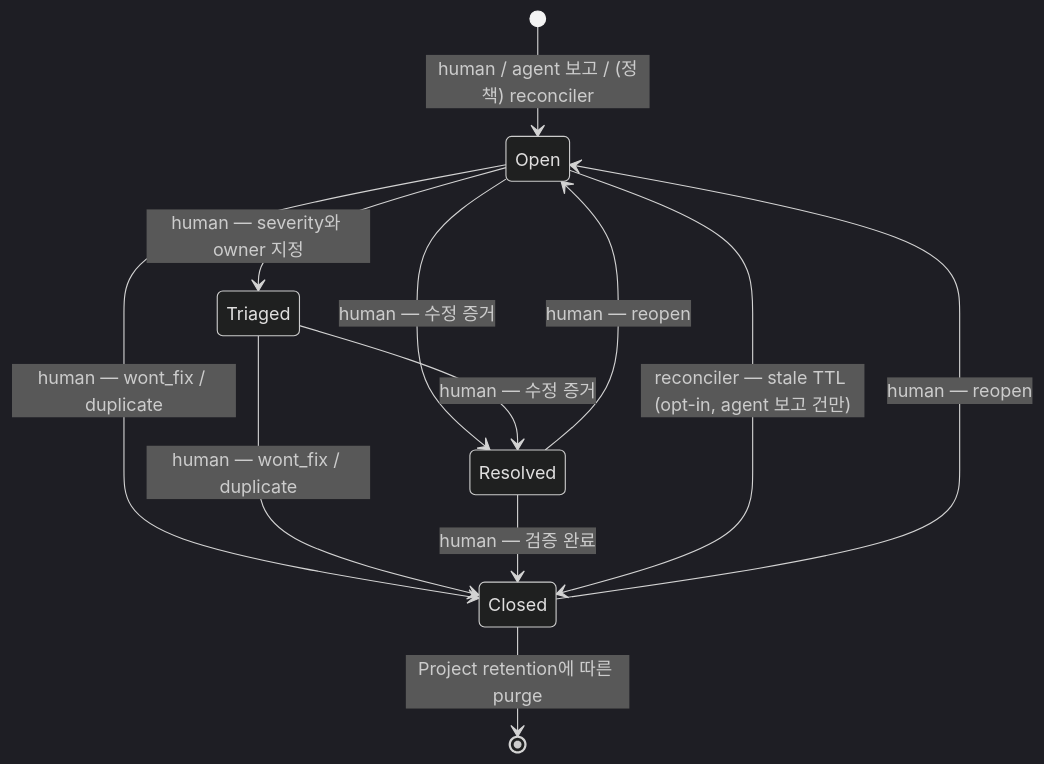
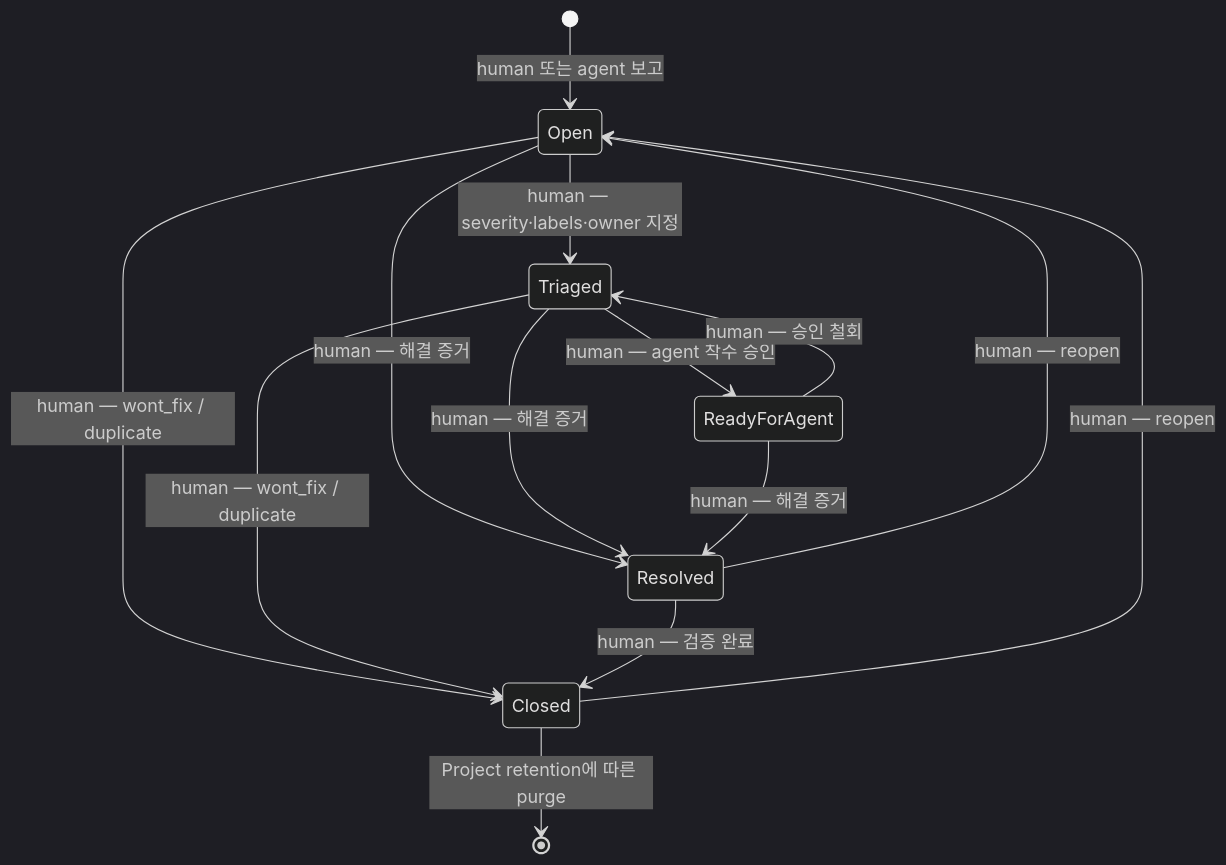
One commit to yarang/grok-fleet-orchestrator changed the first of 2 diagrams in docs/architecture/issues.md. Above: the diagram before and after it, drawn with Mermaid (dark theme). The commit also changed other lines of this file and 5 other files, not shown here.

````diff
--- a/docs/architecture/issues.md
+++ b/docs/architecture/issues.md
@@ -28,14 +34,16 @@
 ```mermaid
 stateDiagram-v2
-    [*] --> Open: human / agent 보고 / (정책) reconciler
-    Open --> Triaged: human — severity와 owner 지정
-    Open --> Resolved: human — 수정 증거
-    Triaged --> Resolved: human — 수정 증거
+    [*] --> Open: human 또는 agent 보고
+    Open --> Triaged: human — severity·labels·owner 지정
+    Triaged --> ReadyForAgent: human — agent 착수 승인
+    ReadyForAgent --> Triaged: human — 승인 철회
+    Open --> Resolved: human — 해결 증거
+    Triaged --> Resolved: human — 해결 증거
+    ReadyForAgent --> Resolved: human — 해결 증거
     Open --> Closed: human — wont_fix / duplicate
     Triaged --> Closed: human — wont_fix / duplicate
     Resolved --> Closed: human — 검증 완료
     Resolved --> Open: human — reopen
     Closed --> Open: human — reopen
-    Open --> Closed: reconciler — stale TTL (opt-in, agent 보고 건만)
     Closed --> [*]: Project retention에 따른 purge
 ```
````
